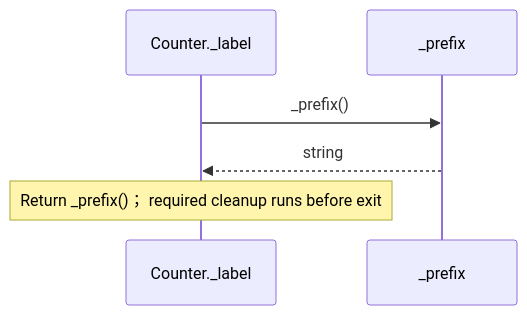
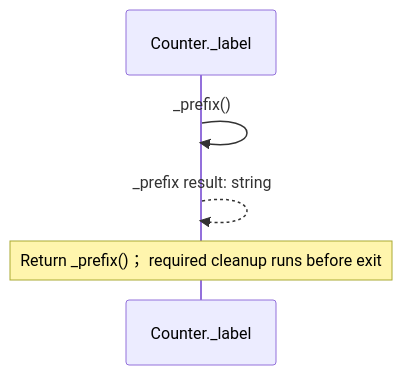
Before and after one commit to GreenPandaStudios/augscript: the second of 3 diagrams in docs/examples/visibility/counter-diagrams.md, drawn with Mermaid. The commit also changed other lines of this file and 304 other files, not shown here.

Commit message:
Make generated data-flow sequences concise and review every diagram

````diff
--- a/docs/examples/visibility/counter-diagrams.md
+++ b/docs/examples/visibility/counter-diagrams.md
@@ -68,8 +55,8 @@
 ```mermaid
 sequenceDiagram
     participant p0 as Counter._label
-    participant p1 as _prefix
-    p0->>p1: _prefix()
-    p1-->>p0: string
+
+    p0->>p0: _prefix()
+    p0-->>p0: _prefix result: string
     Note over p0: Return _prefix()； required cleanup runs before exit
 ```
````
